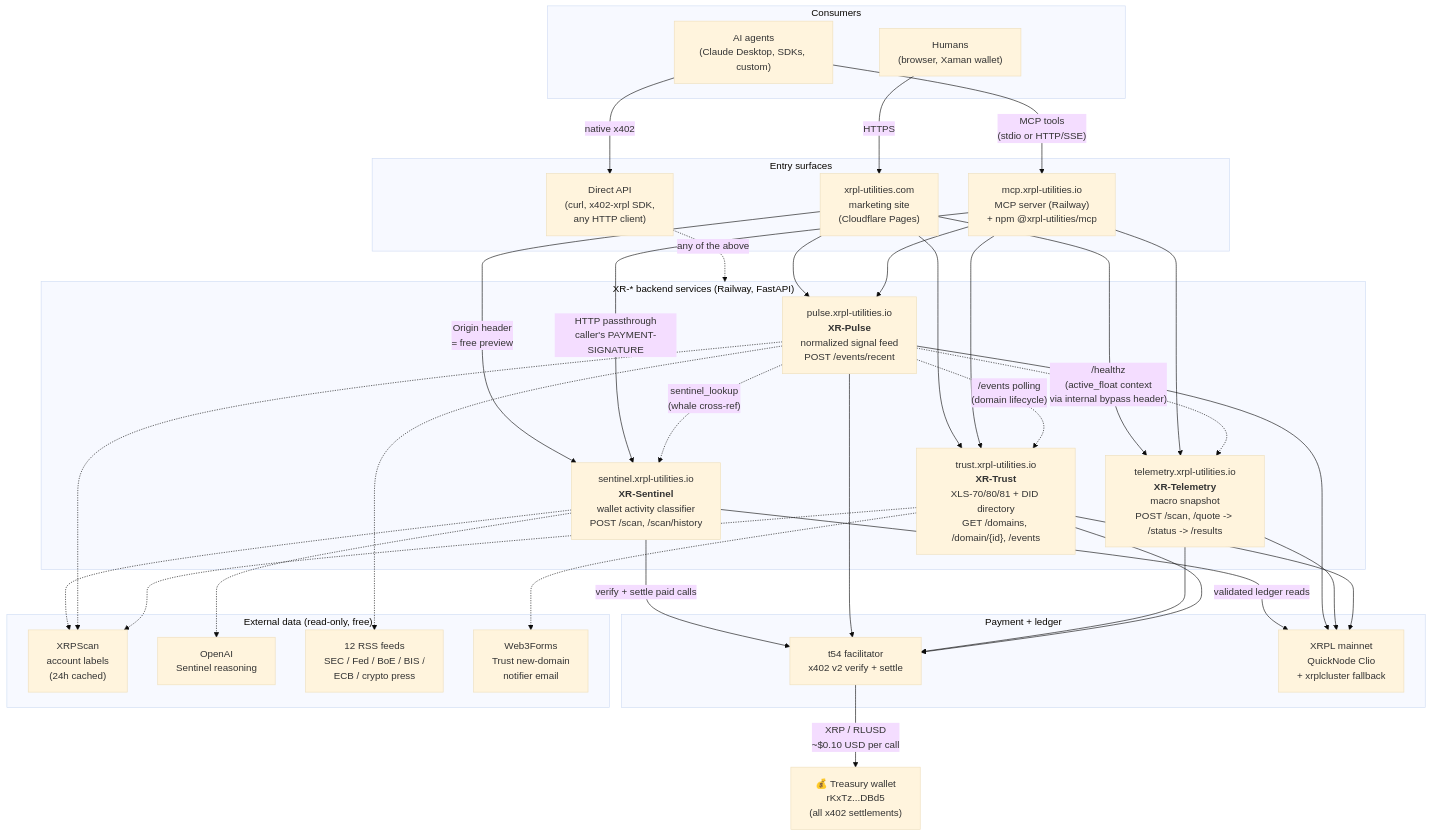
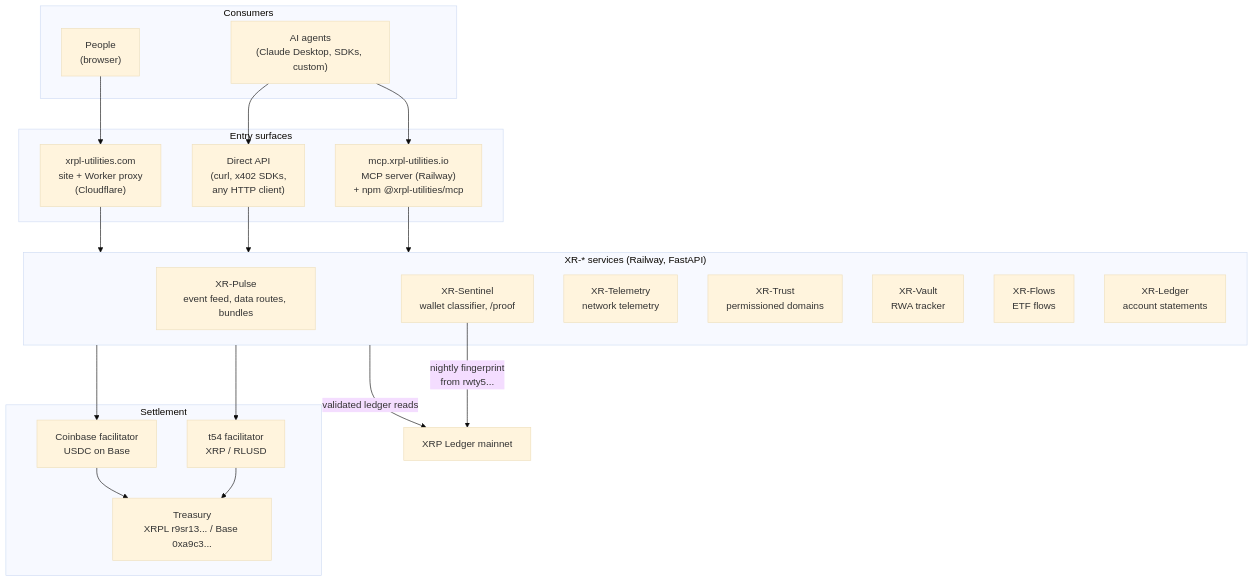
The diagram in docs/architecture.md (XRPL-Utilities/xrpl-utilities-mcp), drawn with Mermaid (base theme) before and after one commit. The commit also changed other lines of this file and 5 other files, not shown here.

First line of the commit message:
Docs: real price tiers and provenance in llms.txt and README, current architecture doc, v0.2.239 (#51)

````diff
--- a/docs/architecture.md
+++ b/docs/architecture.md
@@ -10,85 +12,44 @@
 ```mermaid
 flowchart TB
-    %% ──────────── CONSUMERS ─────────────
     subgraph CONSUMERS["Consumers"]
         AGENT["AI agents<br/>(Claude Desktop, SDKs, custom)"]
-        HUMAN["Humans<br/>(browser, Xaman wallet)"]
+        HUMAN["People<br/>(browser)"]
     end
 
-    %% ──────────── ENTRY SURFACES ─────────────
     subgraph ENTRY["Entry surfaces"]
-        DOTCOM["xrpl-utilities.com<br/>marketing site<br/>(Cloudflare Pages)"]
+        DOTCOM["xrpl-utilities.com<br/>site + Worker proxy<br/>(Cloudflare)"]
         MCP["mcp.xrpl-utilities.io<br/>MCP server (Railway)<br/>+ npm @xrpl-utilities/mcp"]
-        DIRECT["Direct API<br/>(curl, x402-xrpl SDK,<br/>any HTTP client)"]
+        DIRECT["Direct API<br/>(curl, x402 SDKs,<br/>any HTTP client)"]
     end
 
-    %% ──────────── BACKEND SERVICES ─────────────
-    subgraph BACKEND["XR-* backend services (Railway, FastAPI)"]
-        SENTINEL["sentinel.xrpl-utilities.io<br/><b>XR-Sentinel</b><br/>wallet activity classifier<br/>POST /scan, /scan/history"]
-        PULSE["pulse.xrpl-utilities.io<br/><b>XR-Pulse</b><br/>normalized signal feed<br/>POST /events/recent"]
-        TELEMETRY["telemetry.xrpl-utilities.io<br/><b>XR-Telemetry</b><br/>macro snapshot<br/>POST /scan, /quote -> /status -> /results"]
-        TRUST["trust.xrpl-utilities.io<br/><b>XR-Trust</b><br/>XLS-70/80/81 + DID directory<br/>GET /domains, /domain/{id}, /events"]
+    subgraph BACKEND["XR-* services (Railway, FastAPI)"]
+        SENTINEL["XR-Sentinel<br/>wallet classifier, /proof"]
+        PULSE["XR-Pulse<br/>event feed, data routes, bundles"]
+        TELEMETRY["XR-Telemetry<br/>network telemetry"]
+        TRUST["XR-Trust<br/>permissioned domains"]
+        VAULT["XR-Vault<br/>RWA tracker"]
+        FLOWS["XR-Flows<br/>ETF flows"]
+        LEDGER["XR-Ledger<br/>account statements"]
     end
 
-    %% ──────────── PAYMENT + LEDGER ─────────────
-    subgraph LEDGER["Payment + ledger"]
-        T54["t54 facilitator<br/>x402 v2 verify + settle"]
-        XRPL["XRPL mainnet<br/>QuickNode Clio<br/>+ xrplcluster fallback"]
+    subgraph SETTLE["Settlement"]
+        T54["t54 facilitator<br/>XRP / RLUSD"]
+        CDP["Coinbase facilitator<br/>USDC on Base"]
+        TREASURY["Treasury<br/>XRPL r9sr13... / Base 0xa9c3..."]
     end
 
-    TREASURY["💰 Treasury wallet<br/>rKxTz...DBd5<br/>(all x402 settlements)"]
+    XRPL["XRP Ledger mainnet"]
 
-    %% ──────────── EXTERNAL DATA ─────────────
-    subgraph EXTERNAL["External data (read-only, free)"]
-        XRPSCAN["XRPScan<br/>account labels<br/>(24h cached)"]
-        OPENAI["OpenAI<br/>Sentinel reasoning"]
-        RSS["12 RSS feeds<br/>SEC / Fed / BoE / BIS /<br/>ECB / crypto press"]
-        W3F["Web3Forms<br/>Trust new-domain<br/>notifier email"]
-    end
-
-    %% ──────────── CONNECTIONS ─────────────
-
-    %% consumer -> entry
-    AGENT -->|"MCP tools<br/>(stdio or HTTP/SSE)"| MCP
-    AGENT -->|"native x402"| DIRECT
-    HUMAN -->|HTTPS| DOTCOM
-
-    %% entry -> backend
-    DOTCOM -->|"Origin header<br/>= free preview"| SENTINEL
-    DOTCOM --> PULSE
-    DOTCOM --> TELEMETRY
-    DOTCOM --> TRUST
-
-    MCP -->|"HTTP passthrough<br/>caller's PAYMENT-SIGNATURE"| SENTINEL
-    MCP --> PULSE
-    MCP --> TELEMETRY
-    MCP --> TRUST
-
-    DIRECT -.->|"any of the above"| BACKEND
-
-    %% inter-service
-    PULSE -.->|"/events polling<br/>(domain lifecycle)"| TRUST
-    PULSE -.->|"/healthz<br/>(active_float context<br/>via internal bypass header)"| TELEMETRY
-    PULSE -.->|"sentinel_lookup<br/>(whale cross-ref)"| SENTINEL
-
-    %% backend -> ledger
-    SENTINEL -->|"validated ledger reads"| XRPL
-    PULSE --> XRPL
-    TELEMETRY --> XRPL
-    TRUST --> XRPL
-
-    SENTINEL -->|"verify + settle paid calls"| T54
-    PULSE --> T54
-    TELEMETRY --> T54
-    TRUST --> T54
-
-    T54 -->|"XRP / RLUSD<br/>~$0.10 USD per call"| TREASURY
-
-    %% backend -> external
-    SENTINEL -.-> XRPSCAN
-    PULSE -.-> XRPSCAN
-    TRUST -.-> XRPSCAN
-    SENTINEL -.-> OPENAI
-    PULSE -.-> RSS
-    TRUST -.-> W3F
+    AGENT --> MCP
+    AGENT --> DIRECT
+    HUMAN --> DOTCOM
+    MCP --> BACKEND
+    DIRECT --> BACKEND
+    DOTCOM --> BACKEND
+    BACKEND --> T54
+    BACKEND --> CDP
+    T54 --> TREASURY
+    CDP --> TREASURY
+    BACKEND -->|"validated ledger reads"| XRPL
+    SENTINEL -->|"nightly fingerprint<br/>from rwty5..."| XRPL
 ```
````
